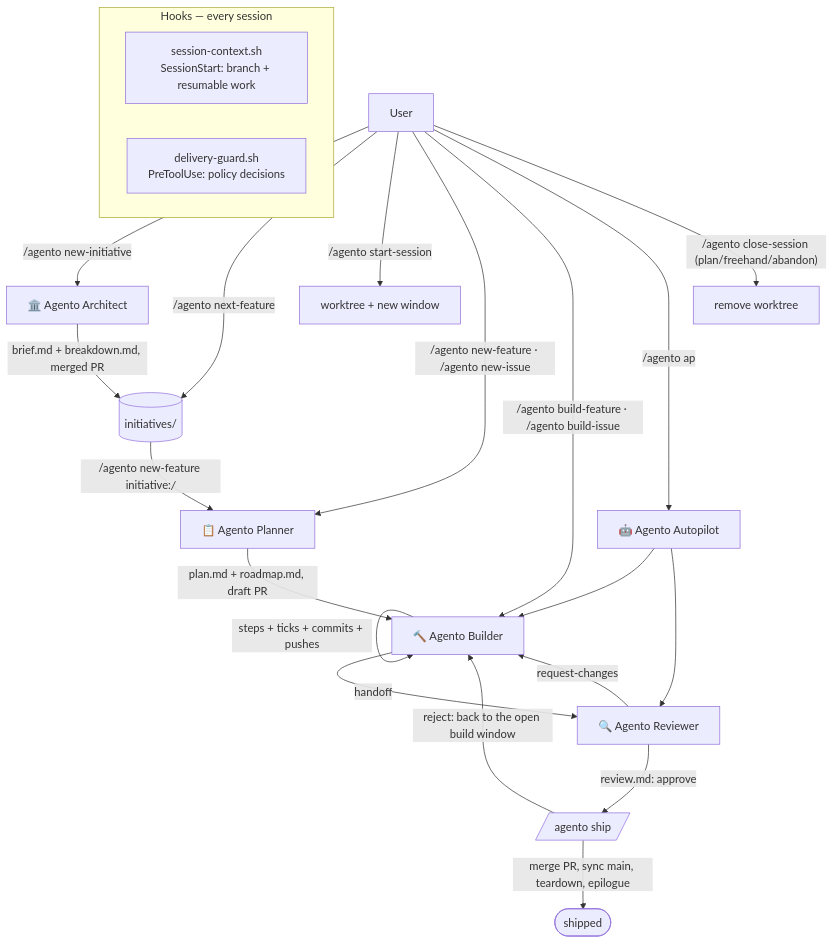
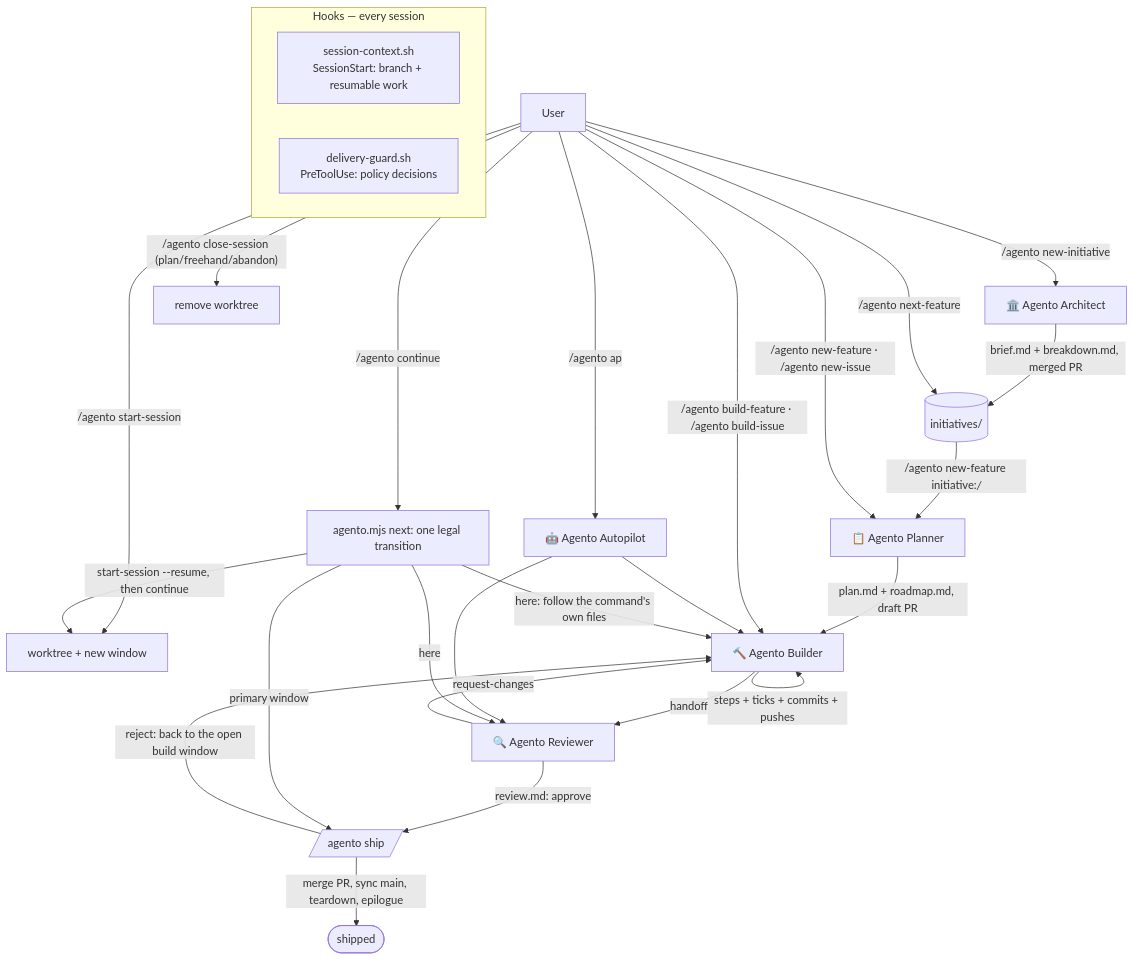
The diagram in docs/architecture.md (david-perry-software/agento), drawn with Mermaid before and after one commit. The commit also changed 8 other files, not shown here.

Commit message:
docs: document /agento continue and agento.mjs next across README, docs, templates, and changelog (step 2.3)

````diff
--- a/docs/architecture.md
+++ b/docs/architecture.md
@@ -3,26 +3,31 @@
 ```mermaid
 flowchart TD
     U[User] -->|"/agento new-initiative"| A[🏛️ Agento Architect]
     A -->|"brief.md + breakdown.md, merged PR"| INIT[(initiatives/)]
     U -->|"/agento next-feature"| INIT
     INIT -->|"/agento new-feature initiative:<i>/<f>"| P
     U -->|"/agento start-session"| SS[worktree + new window]
     U -->|"/agento new-feature · /agento new-issue"| P[📋 Agento Planner]
     P -->|plan.md + roadmap.md, draft PR| B
     U -->|"/agento build-feature · /agento build-issue"| B[🔨 Agento Builder]
     B -->|"steps + ticks + commits + pushes"| B
     B -->|handoff| R[🔍 Agento Reviewer]
     R -->|review.md: approve| SHIP[/agento ship/]
     R -->|request-changes| B
     U -->|"/agento ap"| AP[🤖 Agento Autopilot]
     AP --> B
     AP --> R
     SHIP -->|"reject: back to the open build window"| B
     SHIP -->|"merge PR, sync main, teardown, epilogue"| DONE([shipped])
     U -->|"/agento close-session (plan/freehand/abandon)"| CLOSE[remove worktree]
+    U -->|"/agento continue"| CONT[agento.mjs next: one legal transition]
+    CONT -->|"here: follow the command's own files"| B
+    CONT -->|"here"| R
+    CONT -->|"primary window"| SHIP
+    CONT -->|"start-session --resume, then continue"| SS
 
     subgraph hooks [Hooks — every session]
         SC[session-context.sh<br/>SessionStart: branch + resumable work]
         DG[delivery-guard.sh<br/>PreToolUse: policy decisions]
     end
 ```
````
